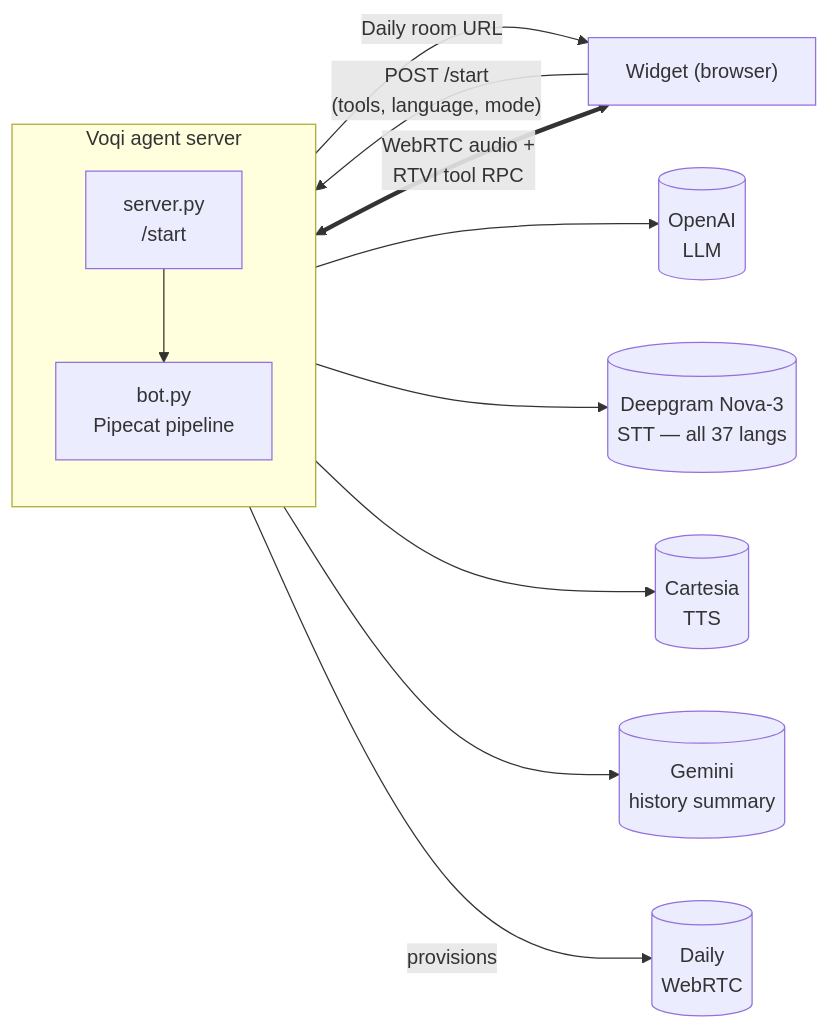
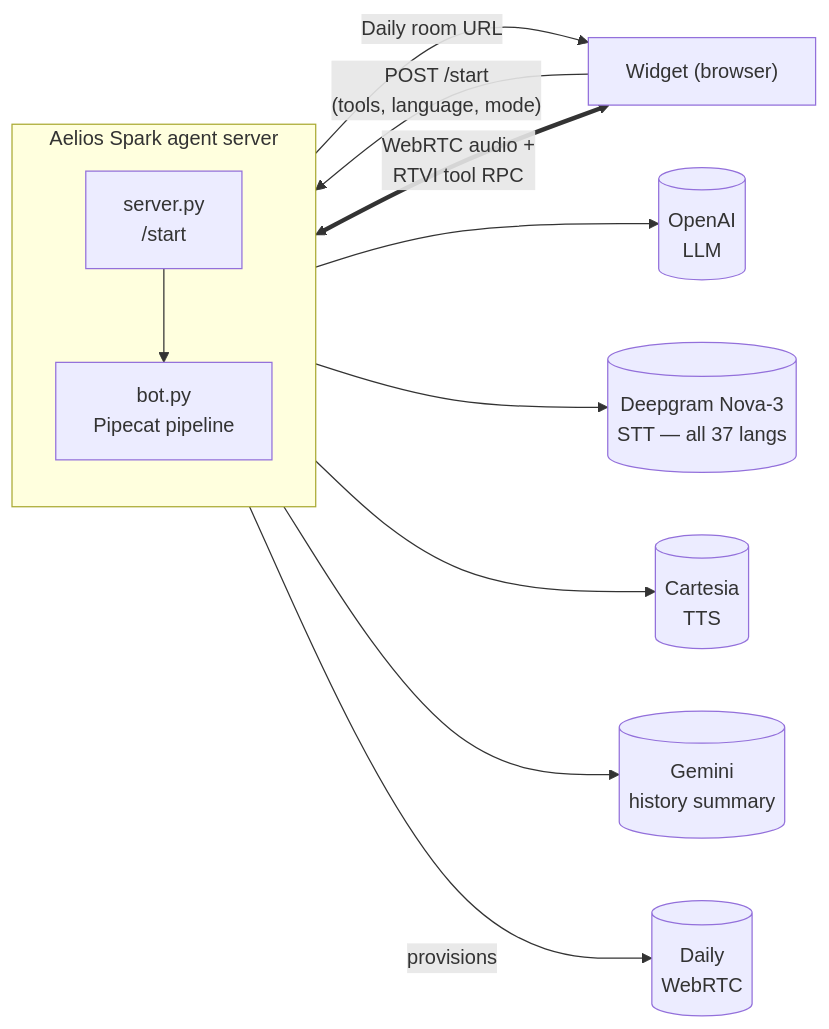
The diagram in packages/agent-server/README.md (Aelios-AI/voqi), drawn with Mermaid before and after one commit. The commit also changed other lines of this file and 53 other files, not shown here.

Commit message:
Rename the project to aelios-spark from voqi

````diff
--- a/packages/agent-server/README.md
+++ b/packages/agent-server/README.md
@@ -32,19 +32,19 @@
 ```mermaid
 flowchart LR
     widget["Widget (browser)"]
-    subgraph server["Voqi agent server"]
+    subgraph server["Aelios Spark agent server"]
         direction TB
         api["server.py<br/>/start"]
         bot["bot.py<br/>Pipecat pipeline"]
         api --> bot
     end
     widget -->|"POST /start<br/>(tools, language, mode)"| api
     api -->|"Daily room URL"| widget
     widget <==>|"WebRTC audio +<br/>RTVI tool RPC"| bot
 
     bot --> openai[("OpenAI<br/>LLM")]
     bot --> deepgram[("Deepgram Nova-3<br/>STT — all 37 langs")]
     bot --> cartesia[("Cartesia<br/>TTS")]
     bot --> gemini[("Gemini<br/>history summary")]
     bot -->|"provisions"| daily[("Daily<br/>WebRTC")]
 ```
````
